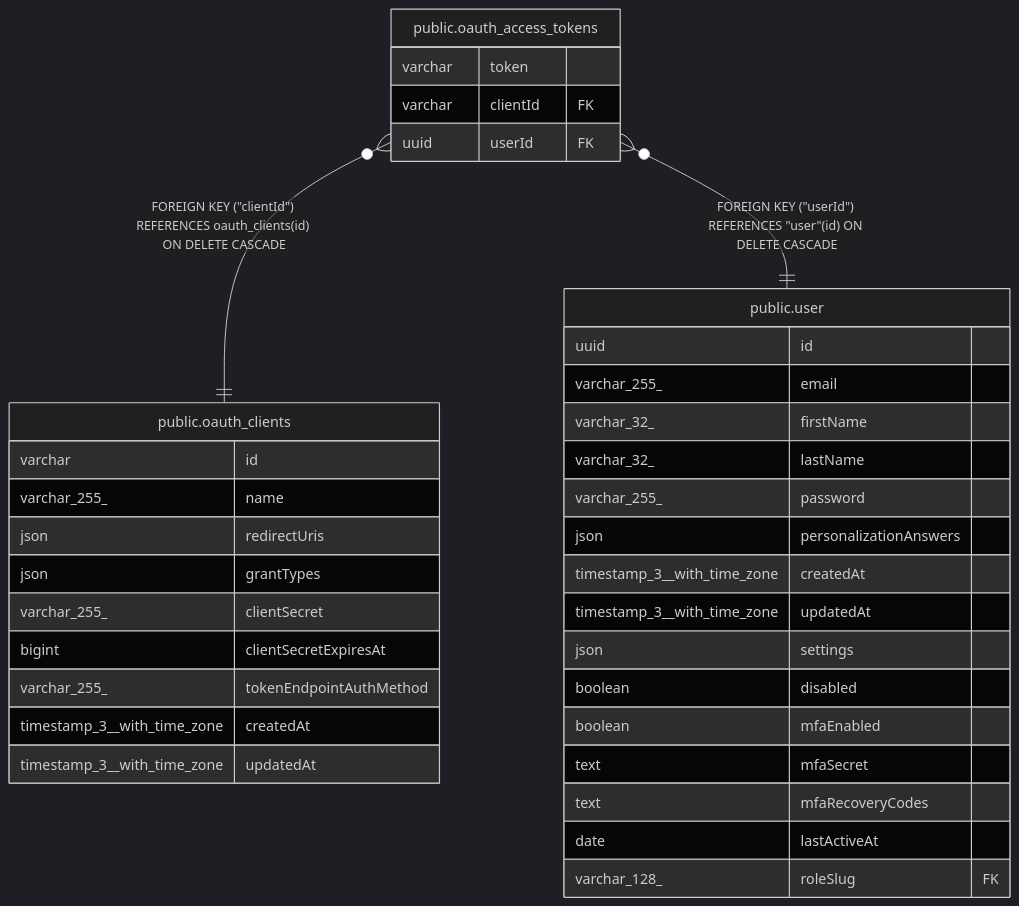
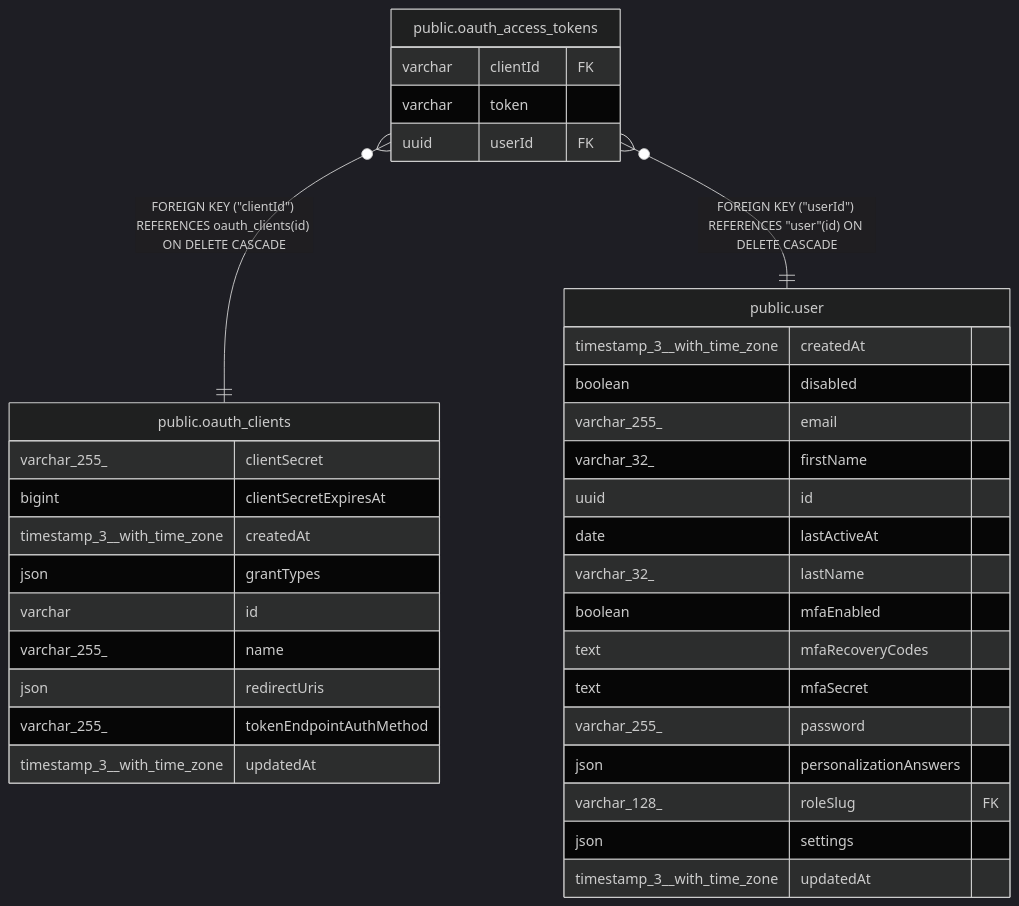
One commit to mayankjain1815-commits/n8n changed the diagram in docs/generated/postgres-schema/public.oauth_access_tokens.md. Above: the diagram before and after it, drawn with Mermaid (dark theme). The commit also changed other lines of this file and 221 other files, not shown here.

Commit message:
chore(core): Make DB schema docs generation deterministic (#32373)

````diff
--- a/docs/generated/postgres-schema/public.oauth_access_tokens.md
+++ b/docs/generated/postgres-schema/public.oauth_access_tokens.md
@@ -30,40 +30,40 @@
 ```mermaid
 erDiagram
 
 "public.oauth_access_tokens" }o--|| "public.oauth_clients" : "FOREIGN KEY (#quot;clientId#quot;) REFERENCES oauth_clients(id) ON DELETE CASCADE"
 "public.oauth_access_tokens" }o--|| "public.user" : "FOREIGN KEY (#quot;userId#quot;) REFERENCES #quot;user#quot;(id) ON DELETE CASCADE"
 
 "public.oauth_access_tokens" {
+  varchar clientId FK
   varchar token
-  varchar clientId FK
   uuid userId FK
 }
 "public.oauth_clients" {
+  varchar_255_ clientSecret
+  bigint clientSecretExpiresAt
+  timestamp_3__with_time_zone createdAt
+  json grantTypes
   varchar id
   varchar_255_ name
   json redirectUris
-  json grantTypes
-  varchar_255_ clientSecret
-  bigint clientSecretExpiresAt
   varchar_255_ tokenEndpointAuthMethod
-  timestamp_3__with_time_zone createdAt
   timestamp_3__with_time_zone updatedAt
 }
 "public.user" {
-  uuid id
+  timestamp_3__with_time_zone createdAt
+  boolean disabled
   varchar_255_ email
   varchar_32_ firstName
+  uuid id
+  date lastActiveAt
   varchar_32_ lastName
+  boolean mfaEnabled
+  text mfaRecoveryCodes
+  text mfaSecret
   varchar_255_ password
   json personalizationAnswers
-  timestamp_3__with_time_zone createdAt
+  varchar_128_ roleSlug FK
+  json settings
   timestamp_3__with_time_zone updatedAt
-  json settings
-  boolean disabled
-  boolean mfaEnabled
-  text mfaSecret
-  text mfaRecoveryCodes
-  date lastActiveAt
-  varchar_128_ roleSlug FK
 }
 ```
````
